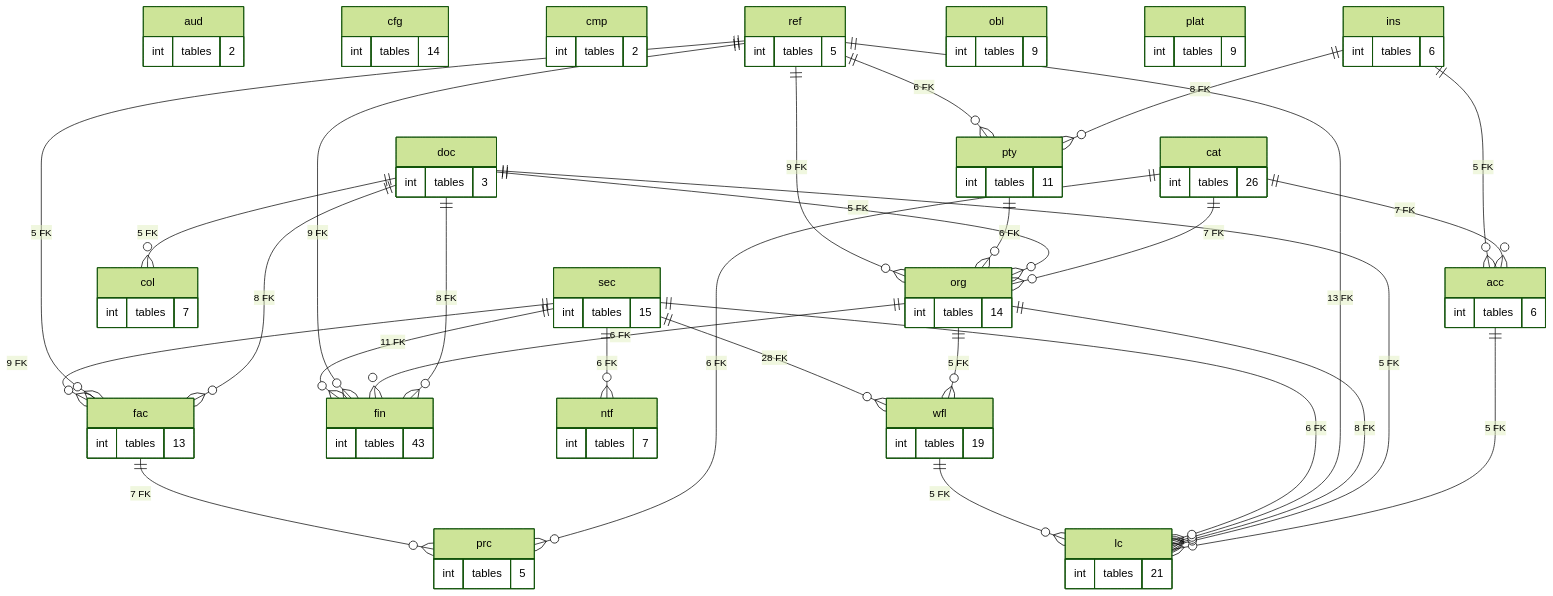
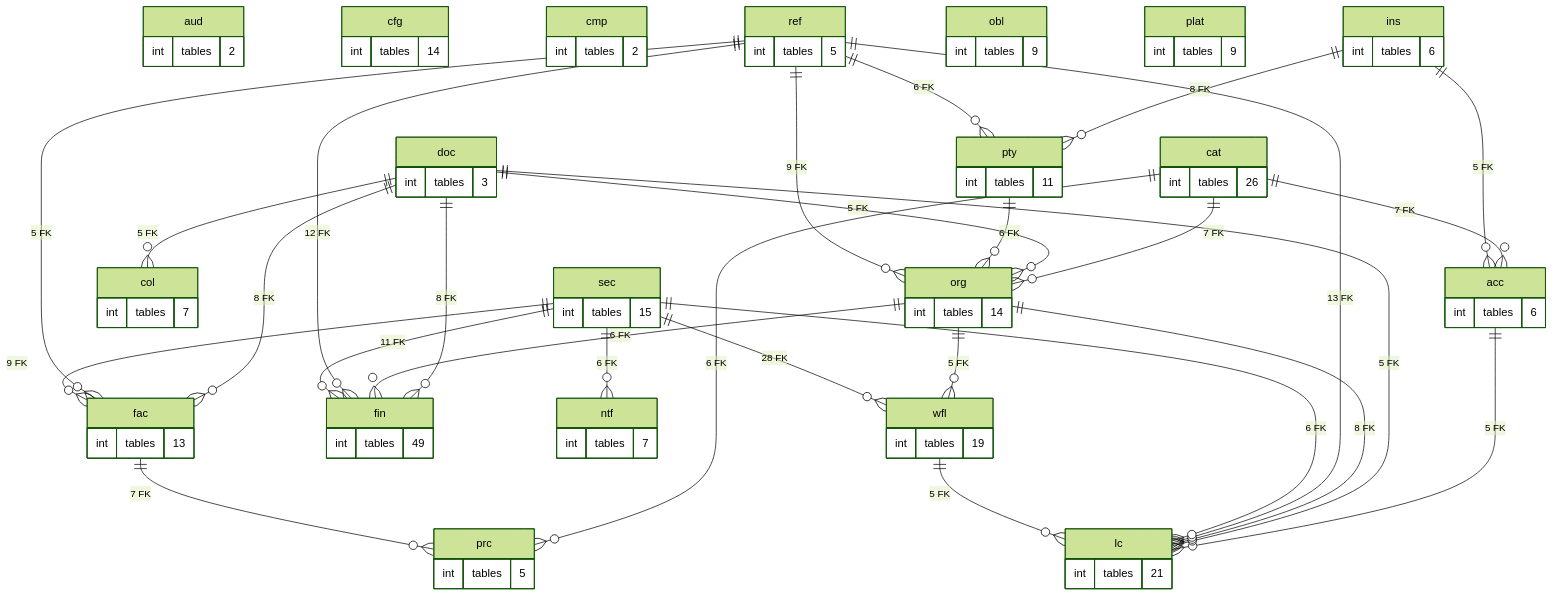
One commit to thawrasy/smartlines changed the diagram in treasury-platform/docs/diagrams/erd/schema_map.mmd. Above: the diagram before and after it, drawn with Mermaid (forest theme). The commit also changed 163 other files, not shown here.

```diff
--- a/treasury-platform/docs/diagrams/erd/schema_map.mmd
+++ b/treasury-platform/docs/diagrams/erd/schema_map.mmd
@@ -1,89 +1,89 @@
 %% خريطة المخططات: العلاقة = عدد المفاتيح الأجنبية بين المخططين (≥ 5)
 erDiagram
   acc {
     int tables "6"
   }
   aud {
     int tables "2"
   }
   cat {
     int tables "26"
   }
   cfg {
     int tables "14"
   }
   cmp {
     int tables "2"
   }
   col {
     int tables "7"
   }
   doc {
     int tables "3"
   }
   fac {
     int tables "13"
   }
   fin {
-    int tables "43"
+    int tables "49"
   }
   ins {
     int tables "6"
   }
   lc {
     int tables "21"
   }
   ntf {
     int tables "7"
   }
   obl {
     int tables "9"
   }
   org {
     int tables "14"
   }
   plat {
     int tables "9"
   }
   prc {
     int tables "5"
   }
   pty {
     int tables "11"
   }
   ref {
     int tables "5"
   }
   sec {
     int tables "15"
   }
   wfl {
     int tables "19"
   }
   acc ||--o{ lc : "5 FK"
   cat ||--o{ acc : "7 FK"
   cat ||--o{ org : "7 FK"
   cat ||--o{ prc : "6 FK"
   doc ||--o{ col : "5 FK"
   doc ||--o{ fac : "8 FK"
   doc ||--o{ fin : "8 FK"
   doc ||--o{ lc : "5 FK"
   doc ||--o{ org : "5 FK"
   fac ||--o{ prc : "7 FK"
   ins ||--o{ acc : "5 FK"
   ins ||--o{ pty : "8 FK"
   org ||--o{ fin : "6 FK"
   org ||--o{ lc : "8 FK"
   org ||--o{ wfl : "5 FK"
   pty ||--o{ org : "6 FK"
   ref ||--o{ fac : "5 FK"
-  ref ||--o{ fin : "9 FK"
+  ref ||--o{ fin : "12 FK"
   ref ||--o{ lc : "13 FK"
   ref ||--o{ org : "9 FK"
   ref ||--o{ pty : "6 FK"
   sec ||--o{ fac : "9 FK"
   sec ||--o{ fin : "11 FK"
   sec ||--o{ lc : "6 FK"
   sec ||--o{ ntf : "6 FK"
   sec ||--o{ wfl : "28 FK"
   wfl ||--o{ lc : "5 FK"
```
